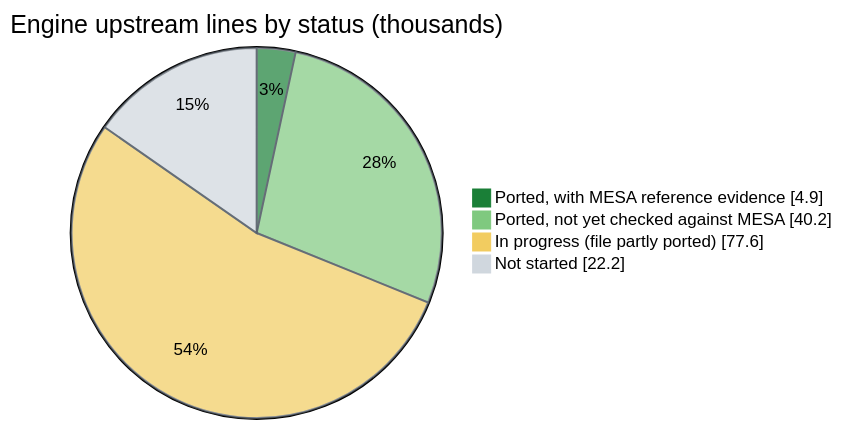
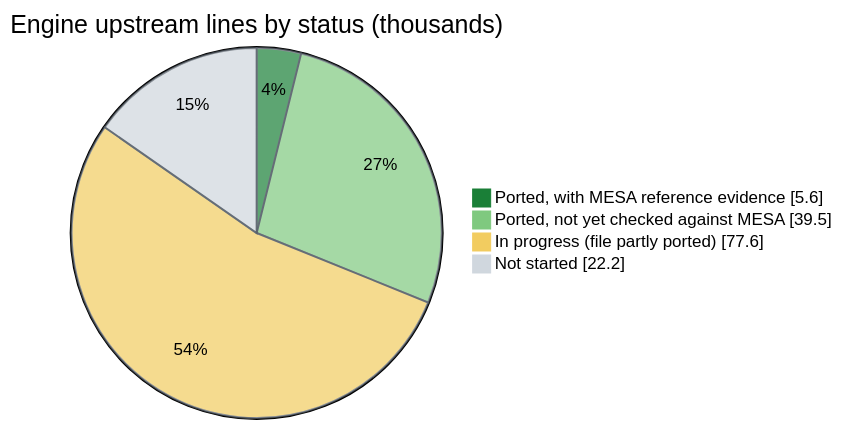
Before and after one commit to joshspeagle/FlexMESA: the first of 2 diagrams in README.md, drawn with Mermaid. The commit also changed other lines of this file and 12 other files, not shown here.

````diff
--- a/README.md
+++ b/README.md
@@ -27,9 +27,9 @@
 ```mermaid
 %%{init: {'themeVariables': {'pie1': '#1a7f37', 'pie2': '#7fc97f', 'pie3': '#f2cc60', 'pie4': '#d0d7de', 'pieSectionTextColor': '#000000', 'pieStrokeColor': '#57606a'}}}%%
 pie showData
     title Engine upstream lines by status (thousands)
-    "Ported, with MESA reference evidence" : 4.9
-    "Ported, not yet checked against MESA" : 40.2
+    "Ported, with MESA reference evidence" : 5.6
+    "Ported, not yet checked against MESA" : 39.5
     "In progress (file partly ported)" : 77.6
     "Not started" : 22.2
 ```
````
